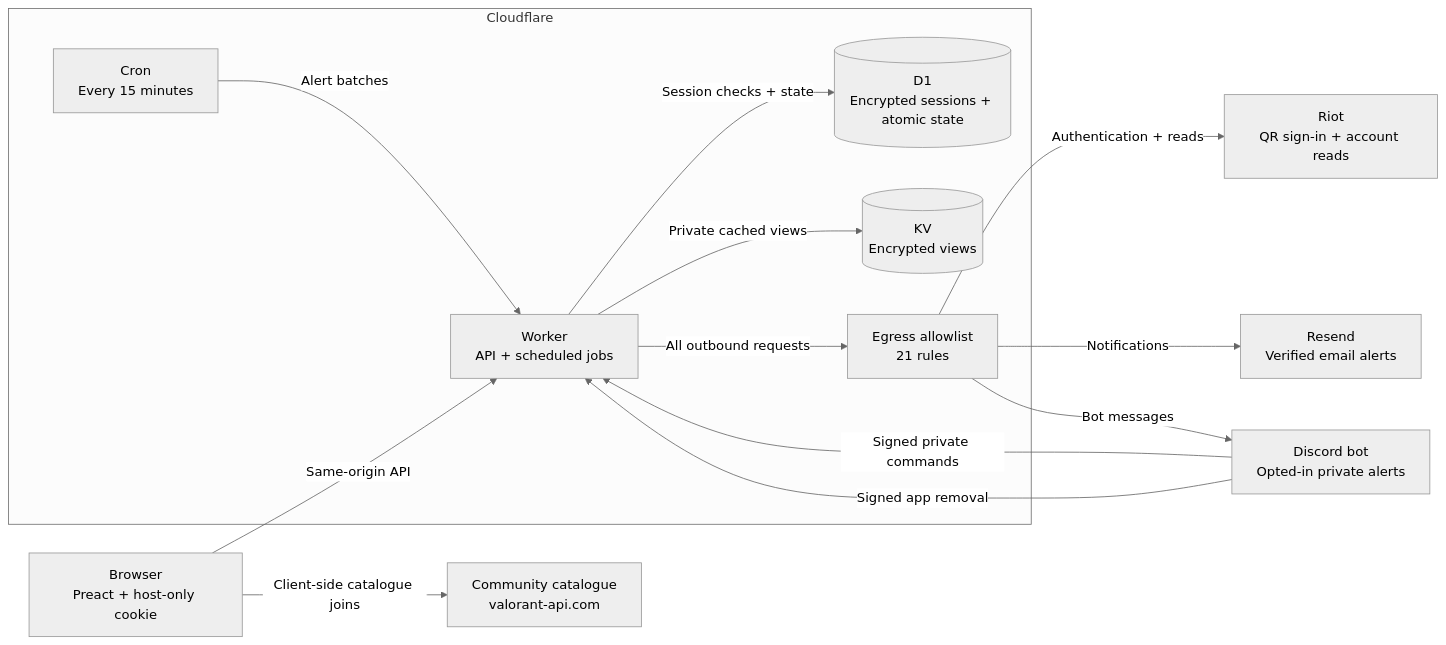
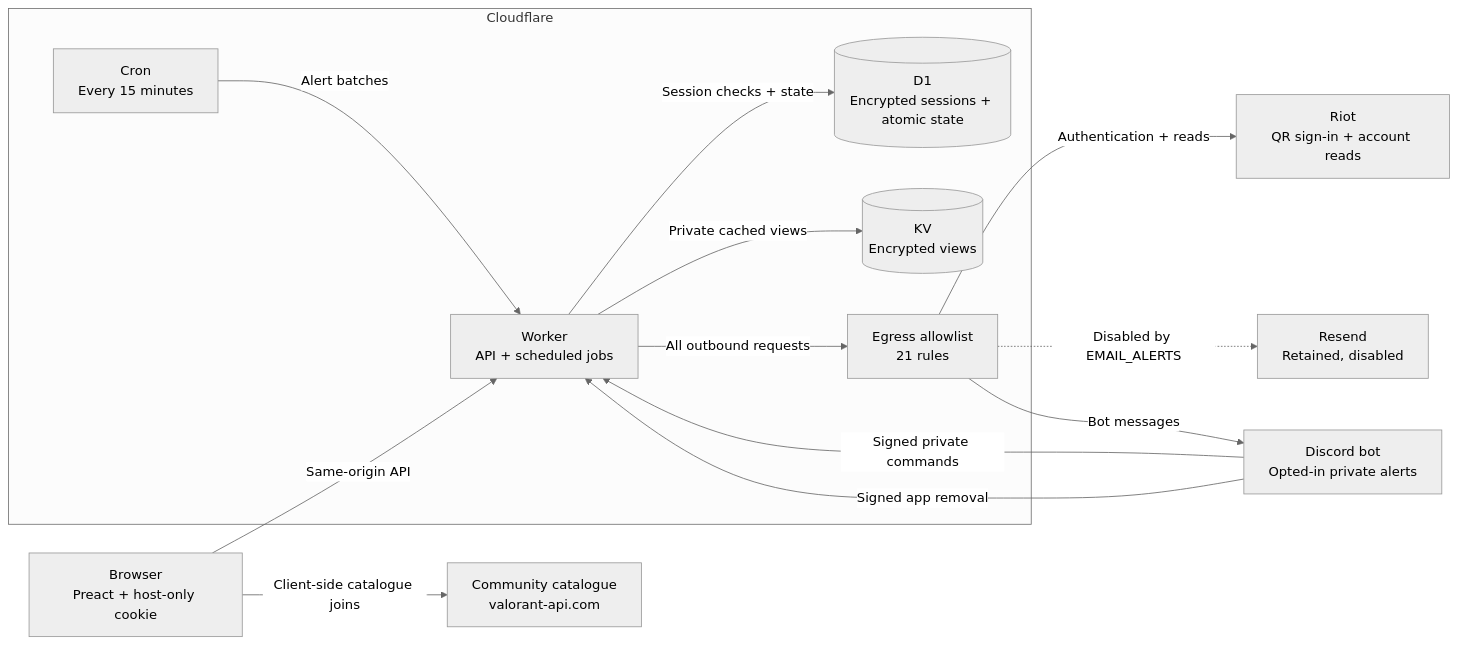
One commit to NicolasV7/valoox changed the diagram in README.md. Above: the diagram before and after it, drawn with Mermaid (neutral theme). The commit also changed other lines of this file and 61 other files, not shown here.

First line of the commit message:
feat: discord uses the valoox language and email alerts stay dormant

````diff
--- a/README.md
+++ b/README.md
@@ -47,28 +51,28 @@
 ```mermaid
 flowchart LR
   B["Browser<br/>Preact + host-only cookie"]
   C["Community catalogue<br/>valorant-api.com"]
   R["Riot<br/>QR sign-in + account reads"]
-  N["Resend<br/>Verified email alerts"]
+  N["Resend<br/>Retained, disabled"]
   Q["Discord bot<br/>Opted-in private alerts"]
 
   subgraph CF["Cloudflare"]
     W["Worker<br/>API + scheduled jobs"]
     D[("D1<br/>Encrypted sessions + atomic state")]
     K[("KV<br/>Encrypted views")]
     A["Egress allowlist<br/>21 rules"]
     T["Cron<br/>Every 15 minutes"]
   end
 
   B -->|Same-origin API| W
   B -->|Client-side catalogue joins| C
   W -->|Session checks + state| D
   W -->|Private cached views| K
   T -->|Alert batches| W
   W -->|All outbound requests| A
   A -->|Authentication + reads| R
-  A -->|Notifications| N
+  A -.->|Disabled by EMAIL_ALERTS| N
   A -->|Bot messages| Q
   Q -->|Signed private commands| W
   Q -->|Signed app removal| W
 ```
````
